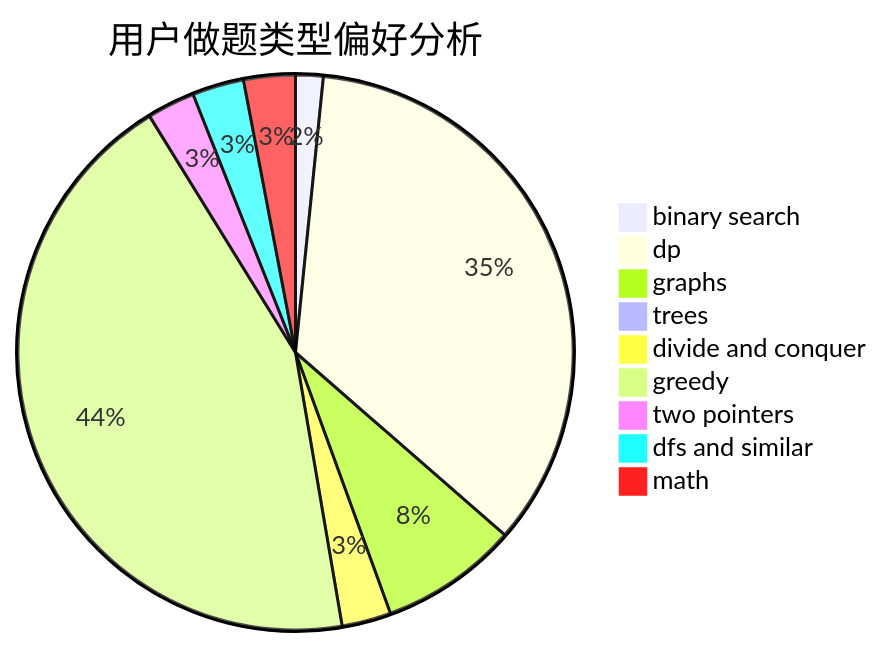
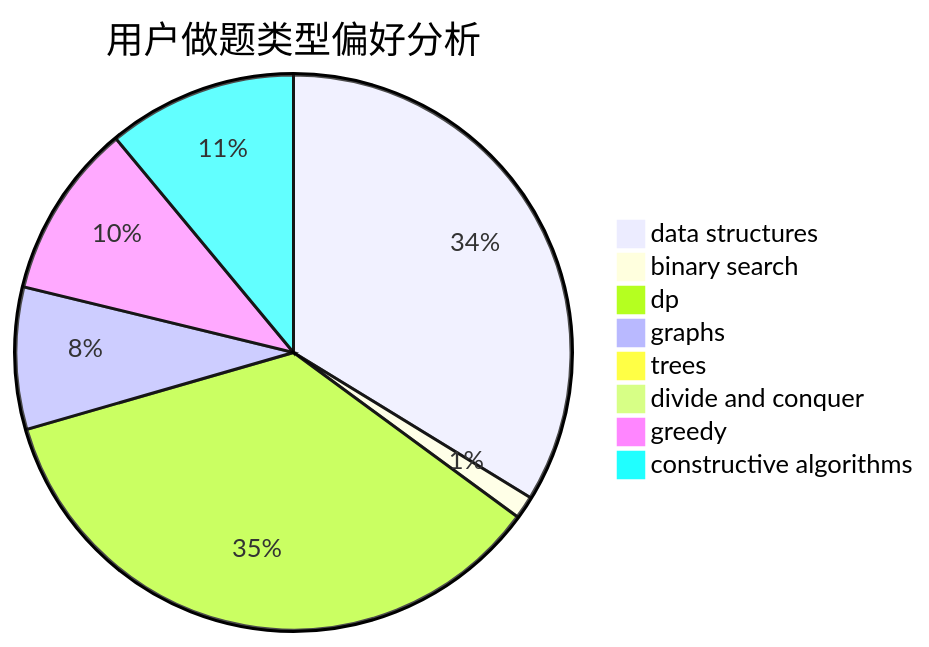
Before and after one commit to sherpahu/cfrs.github.io: the second of 3 diagrams in docs/user/u1058.md, drawn with Mermaid. The commit also changed other lines of this file and 2775 other files, not shown here.

````diff
--- a/docs/user/u1058.md
+++ b/docs/user/u1058.md
@@ -23,12 +23,11 @@
 ```mermaid
 pie title 用户做题类型偏好分析
-    "binary search" :  23
-    "dp" :  498
-    "graphs" :  115
-    "trees" :  9
-    "divide and conquer" :  41
-    "greedy" :  628
-    "two pointers" :  40
-    "dfs and similar" :  43
-    "math" :  43
+    "data structures" :  355
+    "binary search" :  14
+    "dp" :  373
+    "graphs" :  87
+    "trees" :  1
+    "divide and conquer" :  0
+    "greedy" :  107
+    "constructive algorithms" :  116
 ```
````
